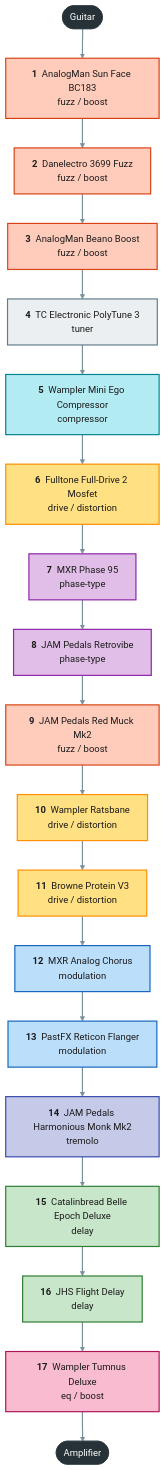
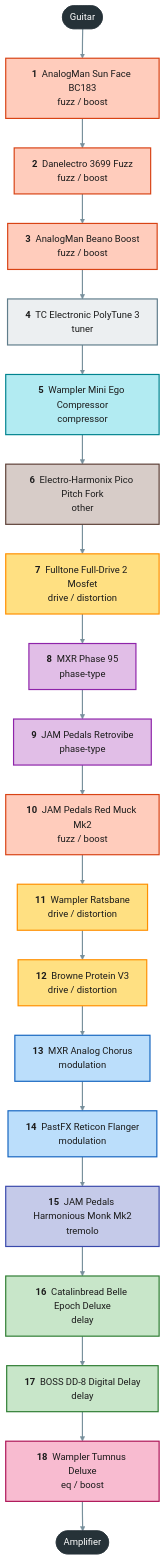
One commit to pedroacvieira/pedalboard changed the first of 2 diagrams in projects/guitar-gig/README.md. Above: the diagram before and after it, drawn with Mermaid. The commit also changed other lines of this file and 46 other files, not shown here.

````diff
--- a/projects/guitar-gig/README.md
+++ b/projects/guitar-gig/README.md
@@ -28,34 +27,36 @@
 ```mermaid
 flowchart TB
     guitar(["Guitar"]):::endpoint
     sun_face["<b>1</b> &nbsp;AnalogMan Sun Face BC183<br/>fuzz / boost"]:::c_fuzz___boost
     danelectro_3699["<b>2</b> &nbsp;Danelectro 3699 Fuzz<br/>fuzz / boost"]:::c_fuzz___boost
     beano["<b>3</b> &nbsp;AnalogMan Beano Boost<br/>fuzz / boost"]:::c_fuzz___boost
     polytune_3["<b>4</b> &nbsp;TC Electronic PolyTune 3<br/>tuner"]:::c_tuner
     mini_ego["<b>5</b> &nbsp;Wampler Mini Ego Compressor<br/>compressor"]:::c_compressor
-    fulldrive_2["<b>6</b> &nbsp;Fulltone Full-Drive 2 Mosfet<br/>drive / distortion"]:::c_drive___distortion
-    phase_95["<b>7</b> &nbsp;MXR Phase 95<br/>phase-type"]:::c_phase_type
-    retrovibe["<b>8</b> &nbsp;JAM Pedals Retrovibe<br/>phase-type"]:::c_phase_type
-    red_muck["<b>9</b> &nbsp;JAM Pedals Red Muck Mk2<br/>fuzz / boost"]:::c_fuzz___boost
-    ratsbane["<b>10</b> &nbsp;Wampler Ratsbane<br/>drive / distortion"]:::c_drive___distortion
-    protein["<b>11</b> &nbsp;Browne Protein V3<br/>drive / distortion"]:::c_drive___distortion
-    analog_chorus["<b>12</b> &nbsp;MXR Analog Chorus<br/>modulation"]:::c_modulation
-    reticon["<b>13</b> &nbsp;PastFX Reticon Flanger<br/>modulation"]:::c_modulation
-    monk["<b>14</b> &nbsp;JAM Pedals Harmonious Monk Mk2<br/>tremolo"]:::c_tremolo
-    belle_epoch["<b>15</b> &nbsp;Catalinbread Belle Epoch Deluxe<br/>delay"]:::c_delay
-    flight_delay["<b>16</b> &nbsp;JHS Flight Delay<br/>delay"]:::c_delay
-    tumnus_deluxe["<b>17</b> &nbsp;Wampler Tumnus Deluxe<br/>eq / boost"]:::c_eq___boost
+    ehx_pico_pitch_fork["<b>6</b> &nbsp;Electro-Harmonix Pico Pitch Fork<br/>other"]:::c_other
+    fulldrive_2["<b>7</b> &nbsp;Fulltone Full-Drive 2 Mosfet<br/>drive / distortion"]:::c_drive___distortion
+    phase_95["<b>8</b> &nbsp;MXR Phase 95<br/>phase-type"]:::c_phase_type
+    retrovibe["<b>9</b> &nbsp;JAM Pedals Retrovibe<br/>phase-type"]:::c_phase_type
+    red_muck["<b>10</b> &nbsp;JAM Pedals Red Muck Mk2<br/>fuzz / boost"]:::c_fuzz___boost
+    ratsbane["<b>11</b> &nbsp;Wampler Ratsbane<br/>drive / distortion"]:::c_drive___distortion
+    protein["<b>12</b> &nbsp;Browne Protein V3<br/>drive / distortion"]:::c_drive___distortion
+    analog_chorus["<b>13</b> &nbsp;MXR Analog Chorus<br/>modulation"]:::c_modulation
+    reticon["<b>14</b> &nbsp;PastFX Reticon Flanger<br/>modulation"]:::c_modulation
+    monk["<b>15</b> &nbsp;JAM Pedals Harmonious Monk Mk2<br/>tremolo"]:::c_tremolo
+    belle_epoch["<b>16</b> &nbsp;Catalinbread Belle Epoch Deluxe<br/>delay"]:::c_delay
+    boss_dd8["<b>17</b> &nbsp;BOSS DD-8 Digital Delay<br/>delay"]:::c_delay
+    tumnus_deluxe["<b>18</b> &nbsp;Wampler Tumnus Deluxe<br/>eq / boost"]:::c_eq___boost
     amp(["Amplifier"]):::endpoint
-    guitar --> sun_face --> danelectro_3699 --> beano --> polytune_3 --> mini_ego --> fulldrive_2 --> phase_95 --> retrovibe --> red_muck --> ratsbane --> protein --> analog_chorus --> reticon --> monk --> belle_epoch --> flight_delay --> tumnus_deluxe --> amp
+    guitar --> sun_face --> danelectro_3699 --> beano --> polytune_3 --> mini_ego --> ehx_pico_pitch_fork --> fulldrive_2 --> phase_95 --> retrovibe --> red_muck --> ratsbane --> protein --> analog_chorus --> reticon --> monk --> belle_epoch --> boss_dd8 --> tumnus_deluxe --> amp
     classDef endpoint fill:#263238,stroke:#263238,color:#ffffff
     classDef c_tuner fill:#eceff1,stroke:#607d8b,stroke-width:2px,color:#1b1b1b
     classDef c_compressor fill:#b2ebf2,stroke:#00838f,stroke-width:2px,color:#1b1b1b
     classDef c_fuzz___boost fill:#ffccbc,stroke:#d84315,stroke-width:2px,color:#1b1b1b
     classDef c_drive___distortion fill:#ffe082,stroke:#ff8f00,stroke-width:2px,color:#1b1b1b
     classDef c_phase_type fill:#e1bee7,stroke:#8e24aa,stroke-width:2px,color:#1b1b1b
     classDef c_modulation fill:#bbdefb,stroke:#1565c0,stroke-width:2px,color:#1b1b1b
     classDef c_tremolo fill:#c5cae9,stroke:#3949ab,stroke-width:2px,color:#1b1b1b
     classDef c_delay fill:#c8e6c9,stroke:#2e7d32,stroke-width:2px,color:#1b1b1b
     classDef c_eq___boost fill:#f8bbd0,stroke:#ad1457,stroke-width:2px,color:#1b1b1b
+    classDef c_other fill:#d7ccc8,stroke:#5d4037,stroke-width:2px,color:#1b1b1b
     linkStyle default stroke:#78909c,stroke-width:2px
 ```
````
